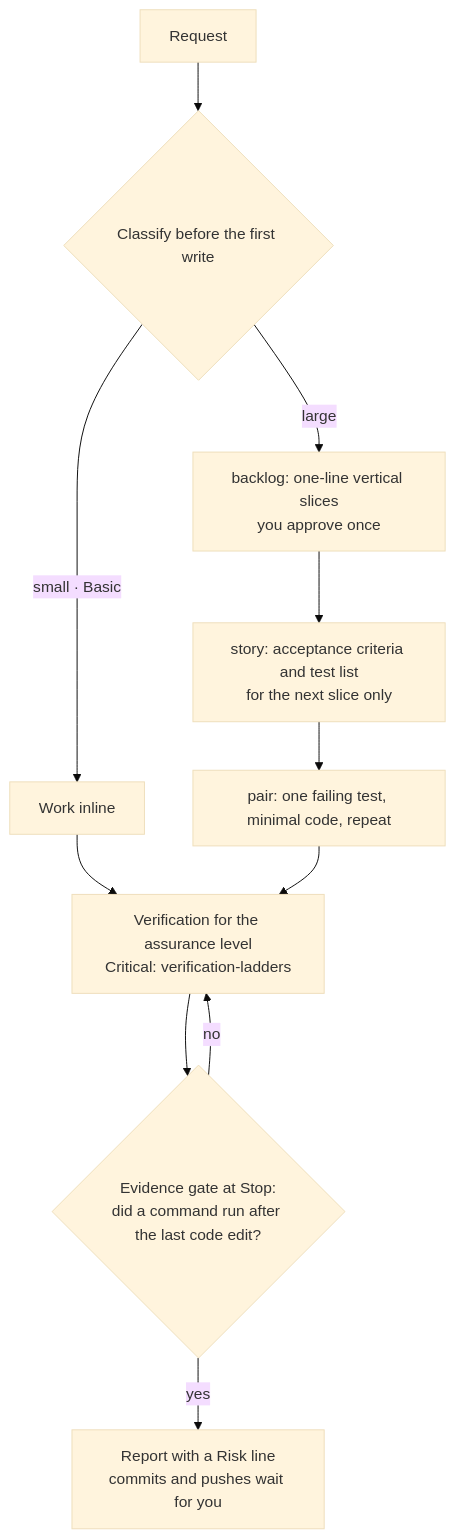
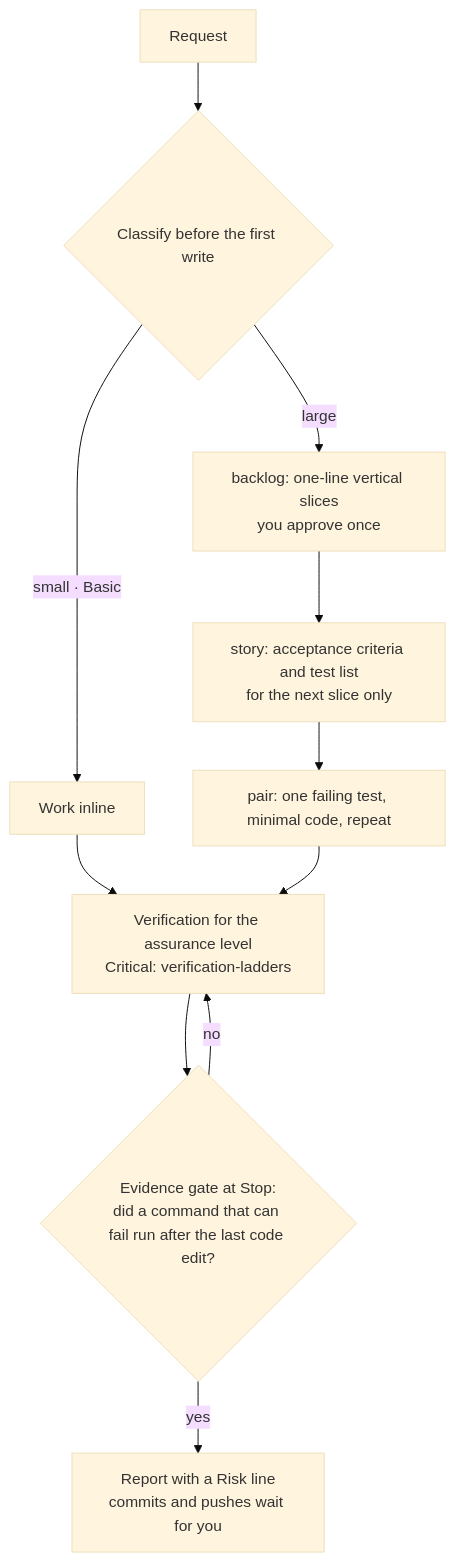
Before and after one commit to sacuadros/agent-harness: the first of 7 diagrams in docs/methodology.md, drawn with Mermaid (base theme). The commit also changed other lines of this file and 9 other files, not shown here.

First line of the commit message:
feat(harness): add delete guard, stricter evidence gate, opt-in sandbox and PR skill

````diff
--- a/docs/methodology.md
+++ b/docs/methodology.md
@@ -9,13 +9,13 @@
 ```mermaid
 flowchart TD
     R[Request] --> C{Classify before the first write}
     C -- "small · Basic" --> I[Work inline]
     C -- large --> B[backlog: one-line vertical slices<br/>you approve once]
     B --> S[story: acceptance criteria and test list<br/>for the next slice only]
     S --> P[pair: one failing test, minimal code, repeat]
     I --> V
     P --> V[Verification for the assurance level<br/>Critical: verification-ladders]
-    V --> G{Evidence gate at Stop:<br/>did a command run after the last code edit?}
+    V --> G{Evidence gate at Stop:<br/>did a command that can fail run after the last code edit?}
     G -- no --> V
     G -- yes --> X[Report with a Risk line<br/>commits and pushes wait for you]
 ```
````
